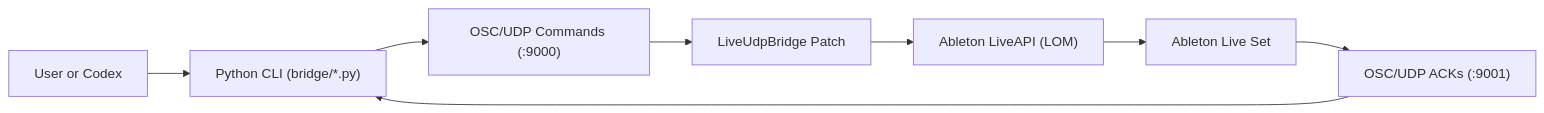
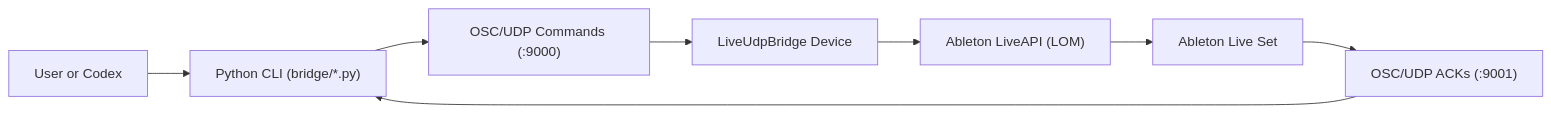
One commit to sunflower-of-parchman/codex-live-bridge changed the diagram in README.md. Above: the diagram before and after it, drawn with Mermaid. The commit also changed other lines of this file and 11 other files, not shown here.

````diff
--- a/README.md
+++ b/README.md
@@ -261,10 +252,10 @@
 ```mermaid
 flowchart LR
   U["User or Codex"] --> P["Python CLI (bridge/*.py)"]
   P --> C["OSC/UDP Commands (:9000)"]
-  C --> B["LiveUdpBridge Patch"]
+  C --> B["LiveUdpBridge Device"]
   B --> L["Ableton LiveAPI (LOM)"]
   L --> A["Ableton Live Set"]
   A --> R["OSC/UDP ACKs (:9001)"]
   R --> P
 ```
````
